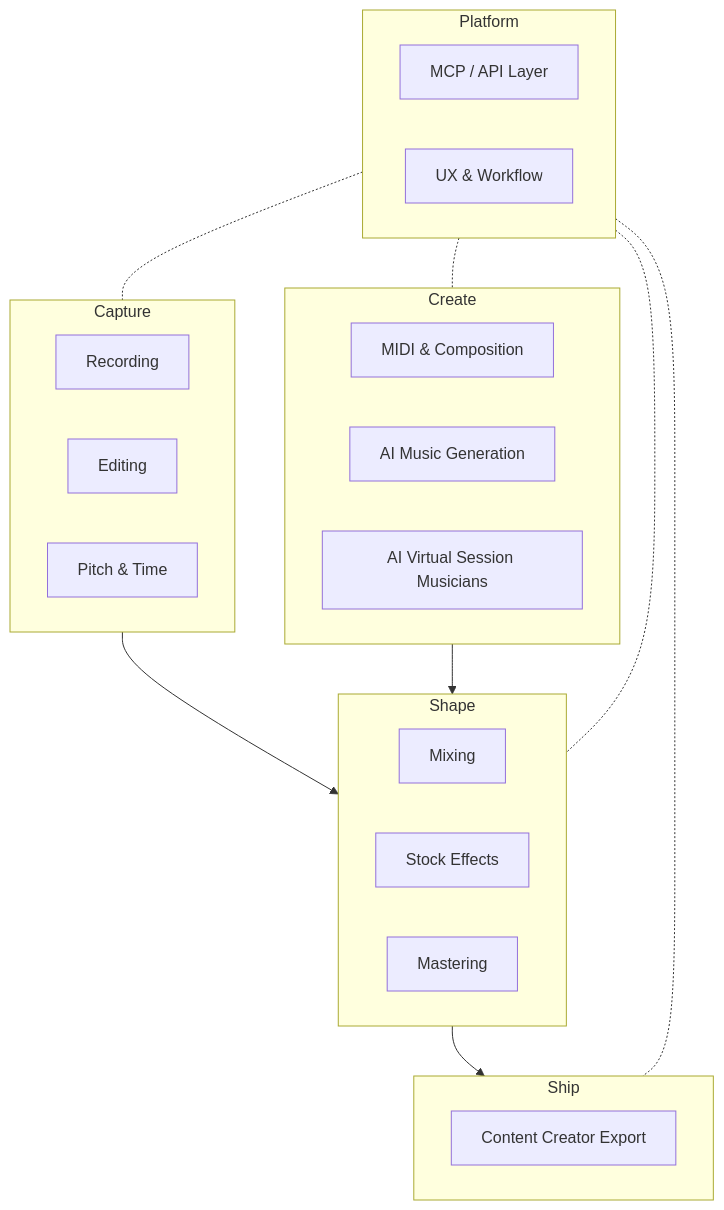
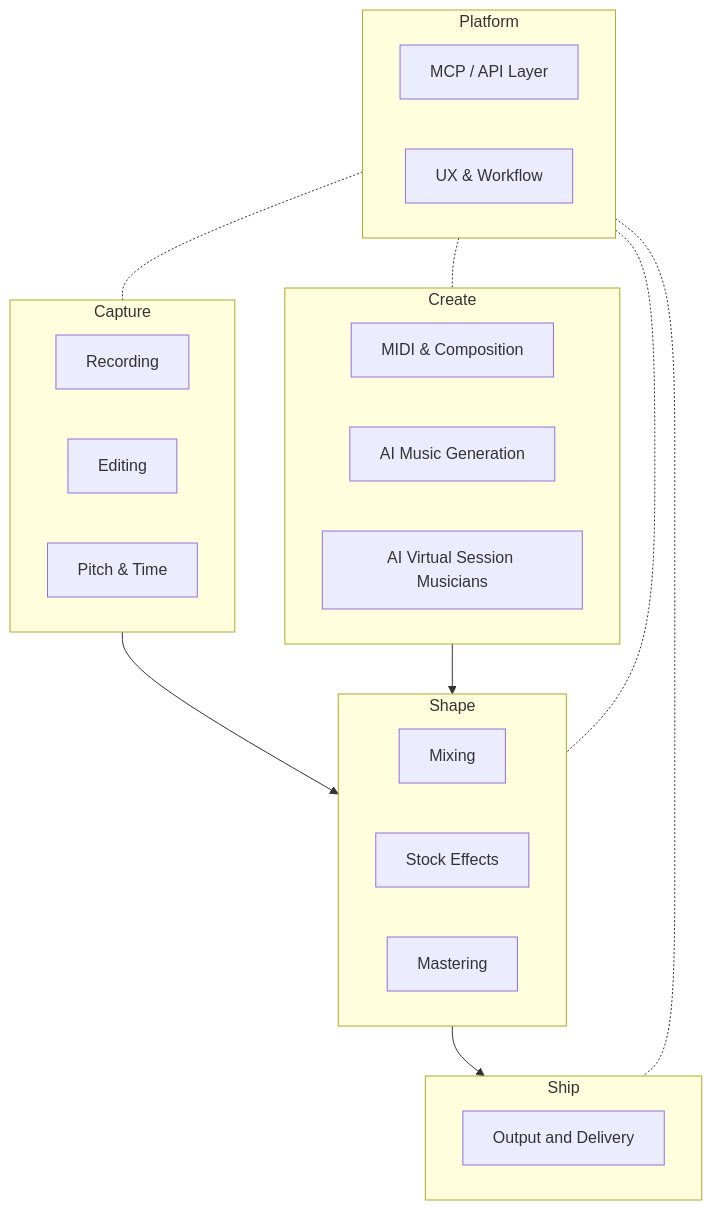
Before and after one commit to sandeepsj/octave: the second of 4 diagrams in PLAN.md, drawn with Mermaid. The commit also changed other lines of this file and 1 other file, not shown here.

````diff
--- a/PLAN.md
+++ b/PLAN.md
@@ -159,32 +166,32 @@
 ```mermaid
 flowchart TB
   subgraph CAPTURE [Capture]
     REC[Recording]
     EDIT[Editing]
     PITCH[Pitch & Time]
   end
   subgraph CREATE [Create]
     MIDI[MIDI & Composition]
     GEN[AI Music Generation]
     SESS[AI Virtual Session Musicians]
   end
   subgraph SHAPE [Shape]
     MIX[Mixing]
     FX[Stock Effects]
     MASTER[Mastering]
   end
   subgraph SHIP [Ship]
-    EXPORT[Content Creator Export]
+    EXPORT[Output and Delivery]
   end
   subgraph PLATFORM [Platform]
     MCP[MCP / API Layer]
     UX[UX & Workflow]
   end
   CAPTURE --> SHAPE
   CREATE --> SHAPE
   SHAPE --> SHIP
   PLATFORM -.- CAPTURE
   PLATFORM -.- CREATE
   PLATFORM -.- SHAPE
   PLATFORM -.- SHIP
 ```
````
